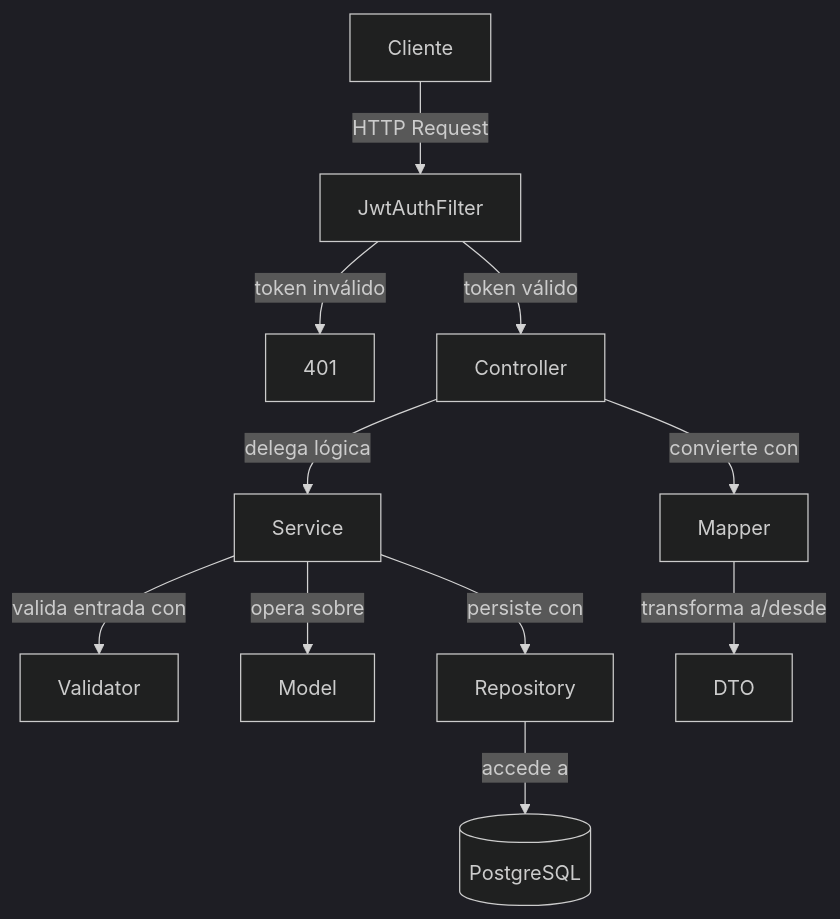
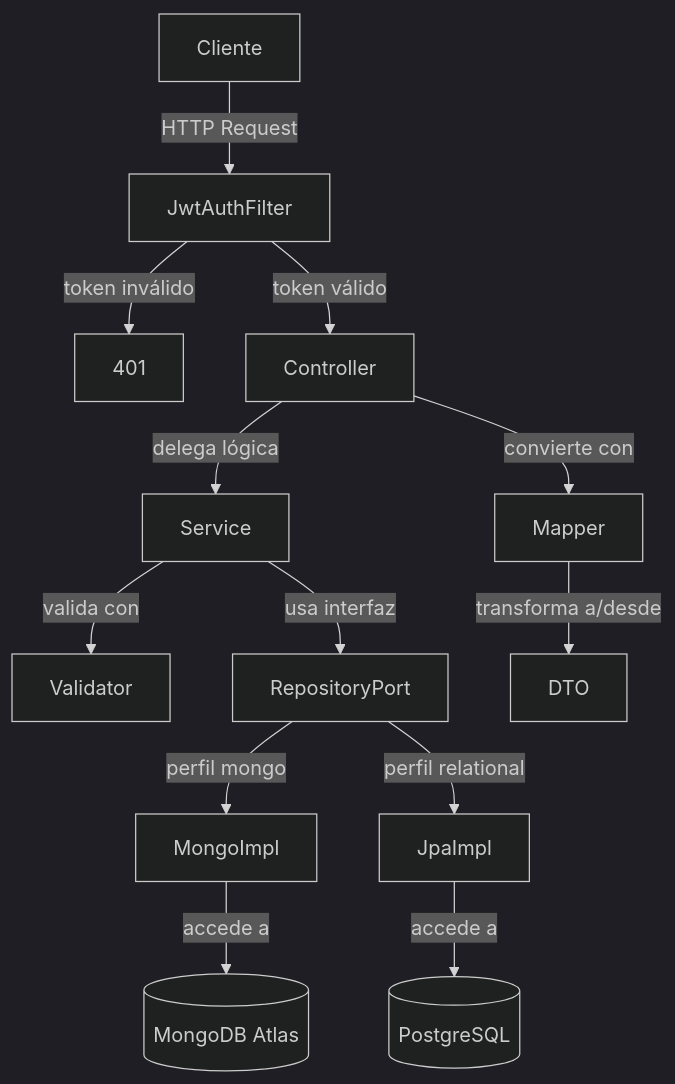
Before and after one commit to nicoparrado123/-DOSW-Library: the first of 5 diagrams in README.md, drawn with Mermaid (dark theme). The commit also changed other lines of this file, not shown here.

Commit message:
docs: actualizar diagramas con arquitectura de perfiles y repositorios port

````diff
--- a/README.md
+++ b/README.md
@@ -11,13 +11,15 @@
 ```mermaid
 graph TD
     Cliente -->|HTTP Request| JwtAuthFilter
     JwtAuthFilter -->|token válido| Controller
     JwtAuthFilter -->|token inválido| 401
     Controller -->|delega lógica| Service
-    Service -->|valida entrada con| Validator
-    Service -->|opera sobre| Model
-    Service -->|persiste con| Repository
-    Repository -->|accede a| Database[(PostgreSQL)]
+    Service -->|valida con| Validator
+    Service -->|usa interfaz| RepositoryPort
+    RepositoryPort -->|perfil mongo| MongoImpl
+    RepositoryPort -->|perfil relational| JpaImpl
+    MongoImpl -->|accede a| MongoDB[(MongoDB Atlas)]
+    JpaImpl -->|accede a| PostgreSQL[(PostgreSQL)]
     Controller -->|convierte con| Mapper
     Mapper -->|transforma a/desde| DTO
 ```
````
